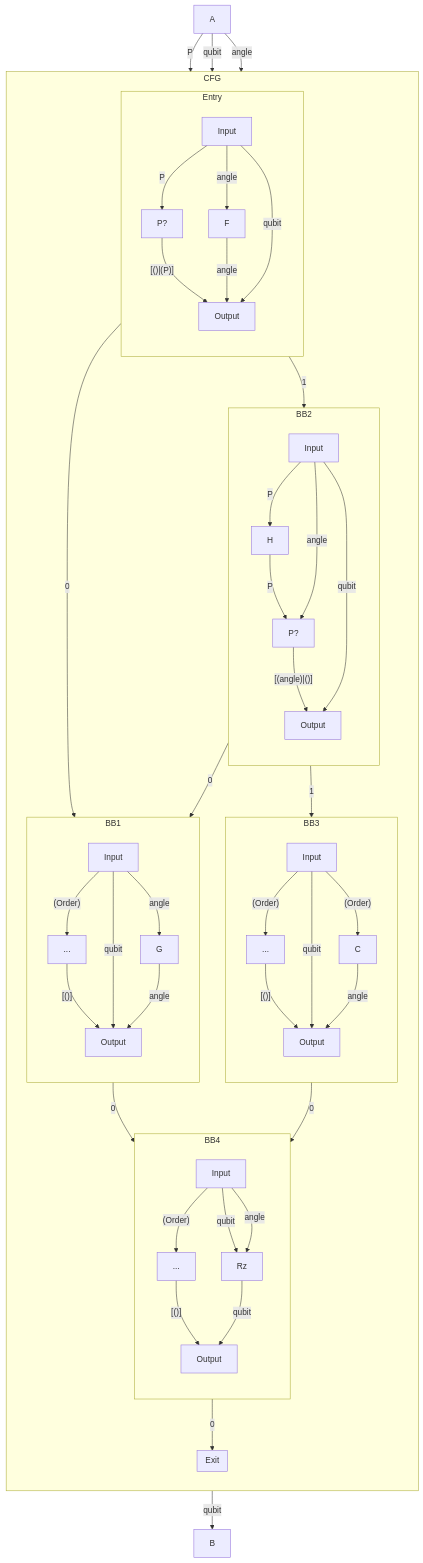
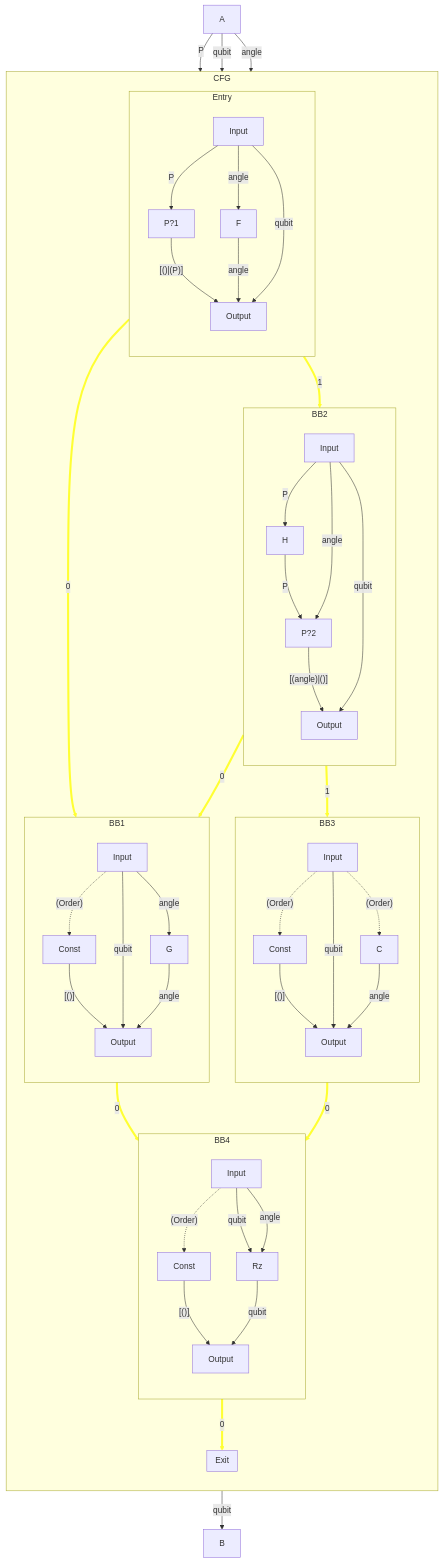
Before and after one commit to CQCL/hugr: the fourth of 5 diagrams in specification/hugr.md, drawn with Mermaid. The commit also changed other lines of this file, not shown here.

````diff
--- a/specification/hugr.md
+++ b/specification/hugr.md
@@ -448,58 +448,59 @@
 ```mermaid
 flowchart
     subgraph CFG
         direction TB
         subgraph Entry
             direction TB
             EntryIn["Input"] -- "angle" --> F
-            EntryIn -- "P" --> Entry_["P?"]
+            EntryIn -- "P" --> Entry_["P?1"]
             Entry_ -- "[()|(P)]" --> EntryOut["Output"]
             F -- "angle" --> EntryOut
             EntryIn -- "qubit" --> EntryOut
         end
         subgraph BB1
             direction TB
             BB1In["Input"] -- "angle" --> G
-            BB1In -- "(Order)" --> BB1_["..."]
+            BB1In -. "(Order)" .-> BB1_["Const"]
             BB1_ -- "[()]" --> BB1Out["Output"]
             BB1In -- "qubit" --> BB1Out
             G -- "angle" --> BB1Out
         end
         subgraph BB2
             direction TB
-            BB2In["Input"] -- "P" --> H -- "P" --> BB2_["P?"]
+            BB2In["Input"] -- "P" --> H -- "P" --> BB2_["P?2"]
             BB2_ -- "[(angle)|()]" --> BB2Out["Output"]
             BB2In -- "angle" --> BB2_
             BB2In -- "qubit" --> BB2Out
         end
         subgraph BB3
             direction TB
-            BB3In["Input"] -- "(Order)" --> C
-            BB3In -- "(Order)" --> BB3_["..."]
+            BB3In["Input"] -. "(Order)" .-> C
+            BB3In -. "(Order)" .-> BB3_["Const"]
             BB3_ -- "[()]" --> BB3Out["Output"]
             BB3In -- "qubit" --> BB3Out
             C -- "angle" --> BB3Out
         end
         subgraph BB4
             direction TB
             BB4In["Input"] -- "qubit" --> Rz
             BB4In -- "angle" --> Rz
-            BB4In -- "(Order)" --> BB4_["..."]
+            BB4In -. "(Order)" .-> BB4_["Const"]
             BB4_ -- "[()]" --> BB4Out["Output"]
             Rz -- "qubit" --> BB4Out
         end
         subgraph Exit
         end
         Entry -- "0" --> BB1
         Entry -- "1" --> BB2
         BB2 -- "0" --> BB1
         BB2 -- "1" --> BB3
         BB1 -- "0" --> BB4
         BB3 -- "0" --> BB4
         BB4 -- "0" --> Exit
     end
     A -- "P" --> CFG
     A -- "qubit" --> CFG
     A -- "angle" --> CFG
     CFG -- "qubit" --> B
+    linkStyle 25,26,27,28,29,30,31 stroke:#ff3,stroke-width:4px;
 ```
````
